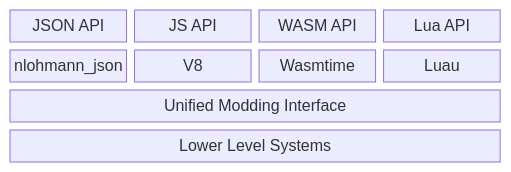
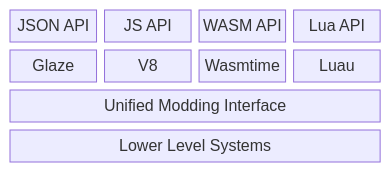
One commit to cherryridge/docs changed the diagram in docs/pack/overview.mdx. Above: the diagram before and after it, drawn with Mermaid. The commit also changed 7 other files, not shown here.

````diff
--- a/docs/pack/overview.mdx
+++ b/docs/pack/overview.mdx
@@ -25,8 +25,8 @@
 ```mermaid
 block-beta
     columns 4
     A["JSON API"] B["JS API"] C["WASM API"] D["Lua API"]
-    nlohmann_json V8 Wasmtime Luau
+    Glaze V8 Wasmtime Luau
     E["Unified Modding Interface"]:4
     F["Lower Level Systems"]:4
 ```
````
